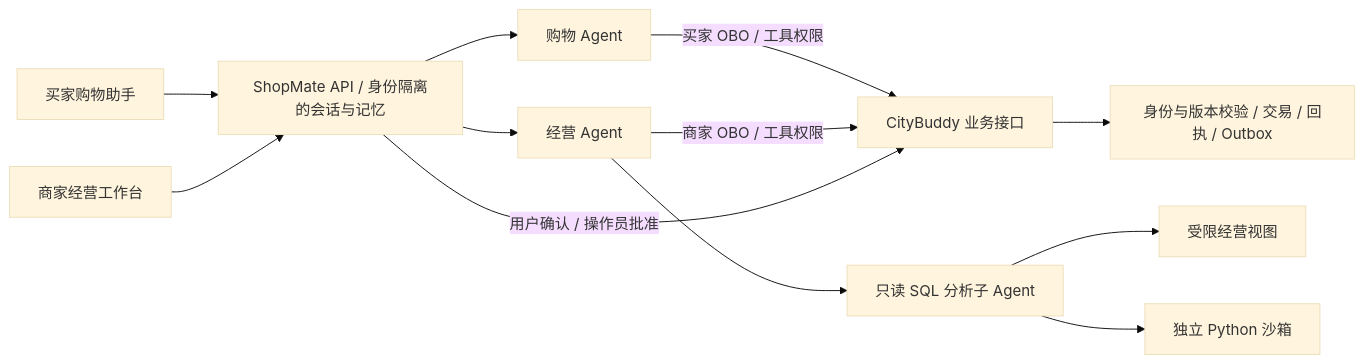
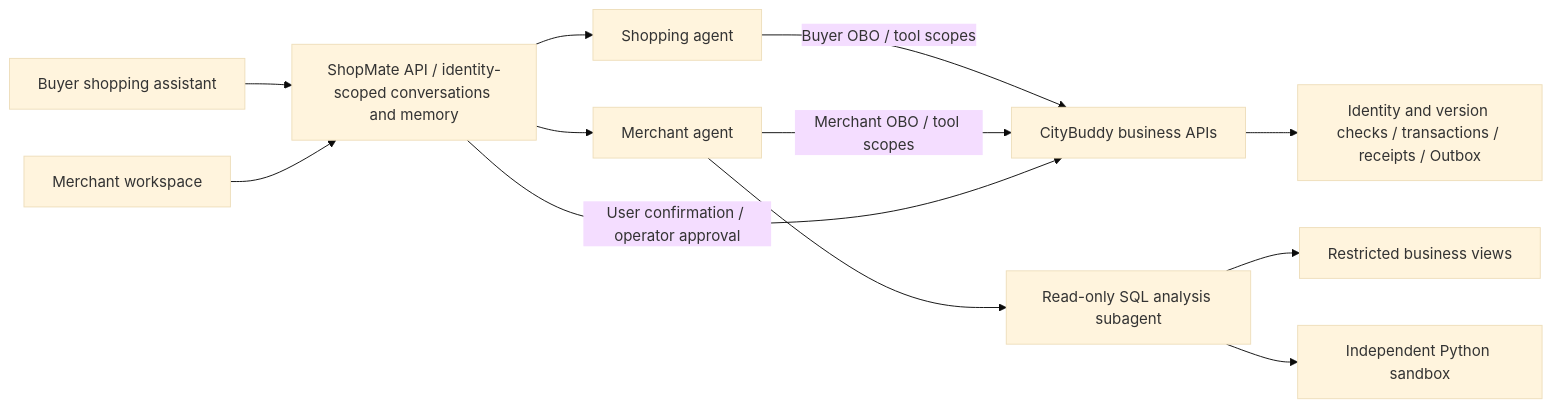
The diagram in docs/RUNTIME.md (ChanTso/shopmate), drawn with Mermaid (base theme) before and after one commit. The commit also changed other lines of this file and 24 other files, not shown here.

````diff
--- a/docs/RUNTIME.md
+++ b/docs/RUNTIME.md
@@ -24,14 +24,14 @@
 ```mermaid
 flowchart LR
-  Buyer[买家购物助手] --> Host[ShopMate API / 身份隔离的会话与记忆]
-  Merchant[商家经营工作台] --> Host
-  Host --> Shopping[购物 Agent]
-  Host --> Trading[经营 Agent]
-  Trading --> Analysis[只读 SQL 分析子 Agent]
-  Analysis --> Views[受限经营视图]
-  Analysis --> Sandbox[独立 Python 沙箱]
-  Shopping -->|买家 OBO / 工具权限| Java[CityBuddy 业务接口]
-  Trading -->|商家 OBO / 工具权限| Java
-  Host -->|用户确认 / 操作员批准| Java
-  Java --> Transaction[身份与版本校验 / 交易 / 回执 / Outbox]
+  Buyer[Buyer shopping assistant] --> Host[ShopMate API / identity-scoped conversations and memory]
+  Merchant[Merchant workspace] --> Host
+  Host --> Shopping[Shopping agent]
+  Host --> Trading[Merchant agent]
+  Trading --> Analysis[Read-only SQL analysis subagent]
+  Analysis --> Views[Restricted business views]
+  Analysis --> Sandbox[Independent Python sandbox]
+  Shopping -->|Buyer OBO / tool scopes| Java[CityBuddy business APIs]
+  Trading -->|Merchant OBO / tool scopes| Java
+  Host -->|User confirmation / operator approval| Java
+  Java --> Transaction[Identity and version checks / transactions / receipts / Outbox]
 ```
````
